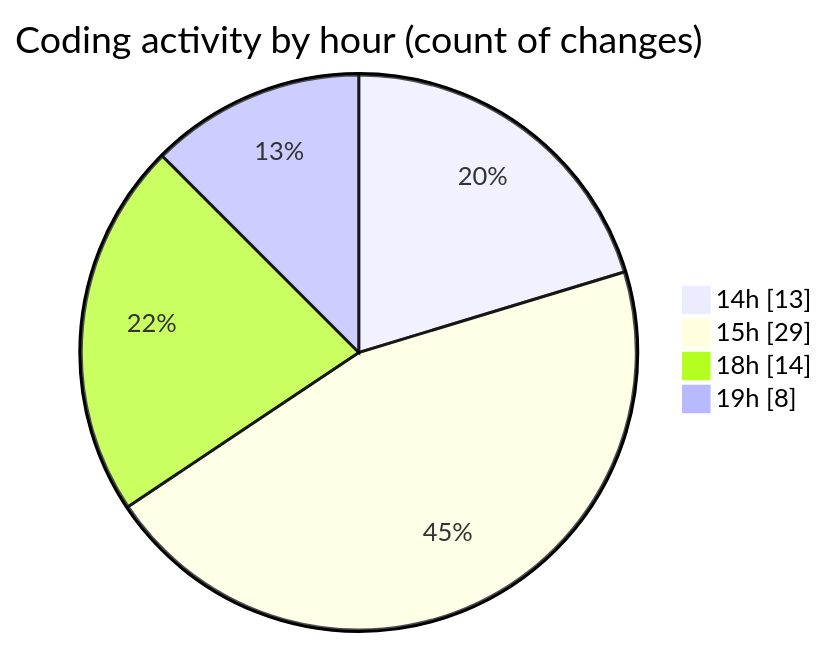
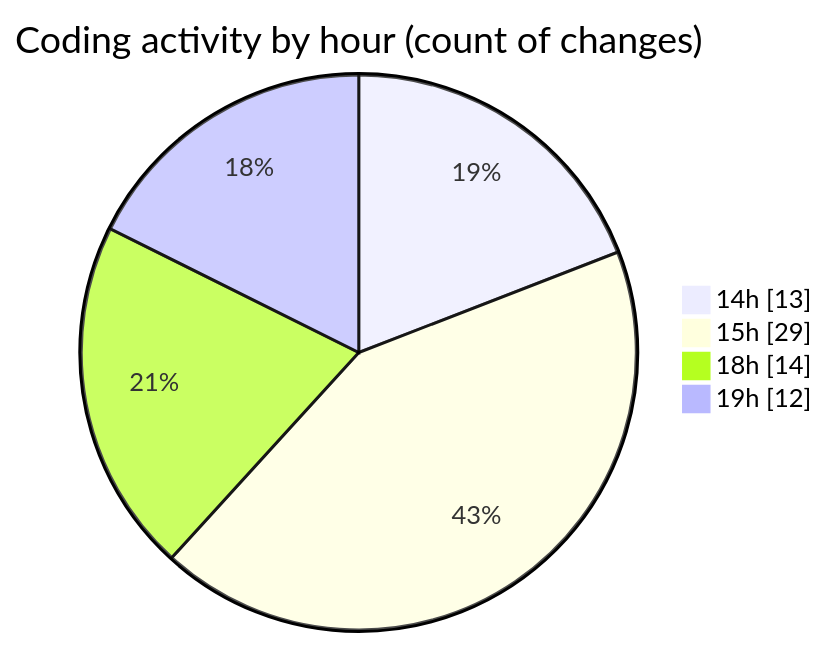
The second of 2 diagrams in 2025-06-23/scopecraft/README.md (Ritupan-Deka/code-tracking), drawn with Mermaid before and after one commit. The commit also changed other lines of this file and 1 other file, not shown here.

````diff
--- a/2025-06-23/scopecraft/README.md
+++ b/2025-06-23/scopecraft/README.md
@@ -49,8 +49,8 @@
 ```mermaid
 pie showData
 title Coding activity by hour (count of changes)
 "14h" : 13
 "15h" : 29
 "18h" : 14
-"19h" : 8
+"19h" : 12
 ```
````
